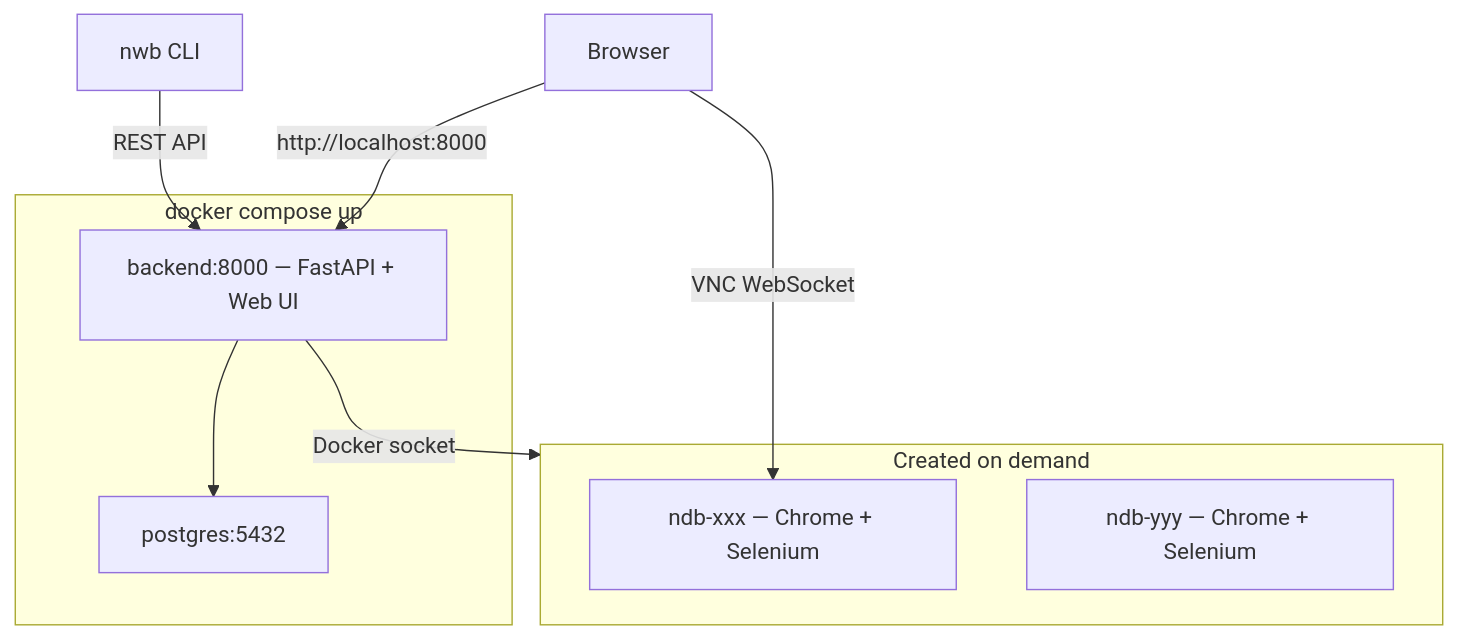
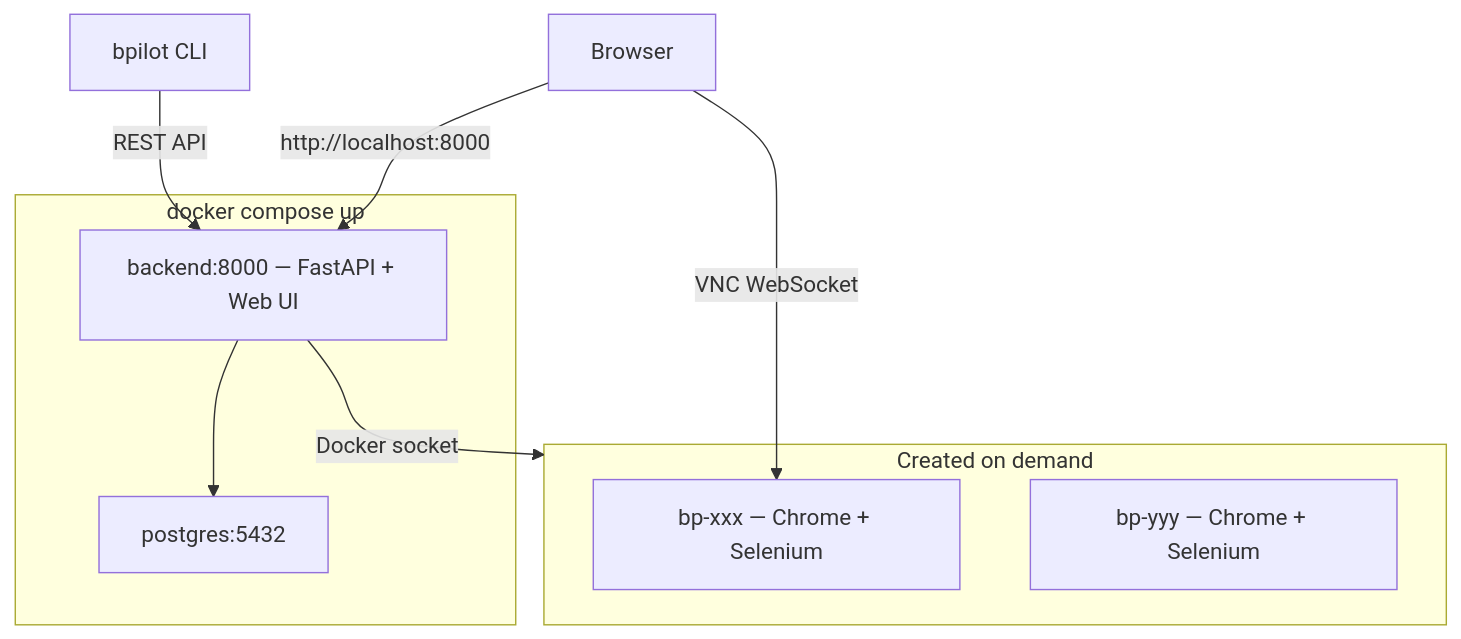
The diagram in README.md (NoDeskAI/browser-pilot), drawn with Mermaid before and after one commit. The commit also changed other lines of this file and 20 other files, not shown here.

````diff
--- a/README.md
+++ b/README.md
@@ -61,16 +61,16 @@
 ```mermaid
 graph TB
   subgraph compose ["docker compose up"]
     Backend["backend:8000 — FastAPI + Web UI"]
     Postgres["postgres:5432"]
   end
   subgraph dynamic ["Created on demand"]
-    B1["ndb-xxx — Chrome + Selenium"]
-    B2["ndb-yyy — Chrome + Selenium"]
+    B1["bp-xxx — Chrome + Selenium"]
+    B2["bp-yyy — Chrome + Selenium"]
   end
   User["Browser"] -->|"http://localhost:8000"| Backend
   User -->|"VNC WebSocket"| B1
-  CLI["nwb CLI"] -->|"REST API"| Backend
+  CLI["bpilot CLI"] -->|"REST API"| Backend
   Backend -->|"Docker socket"| dynamic
   Backend --> Postgres
 ```
````
